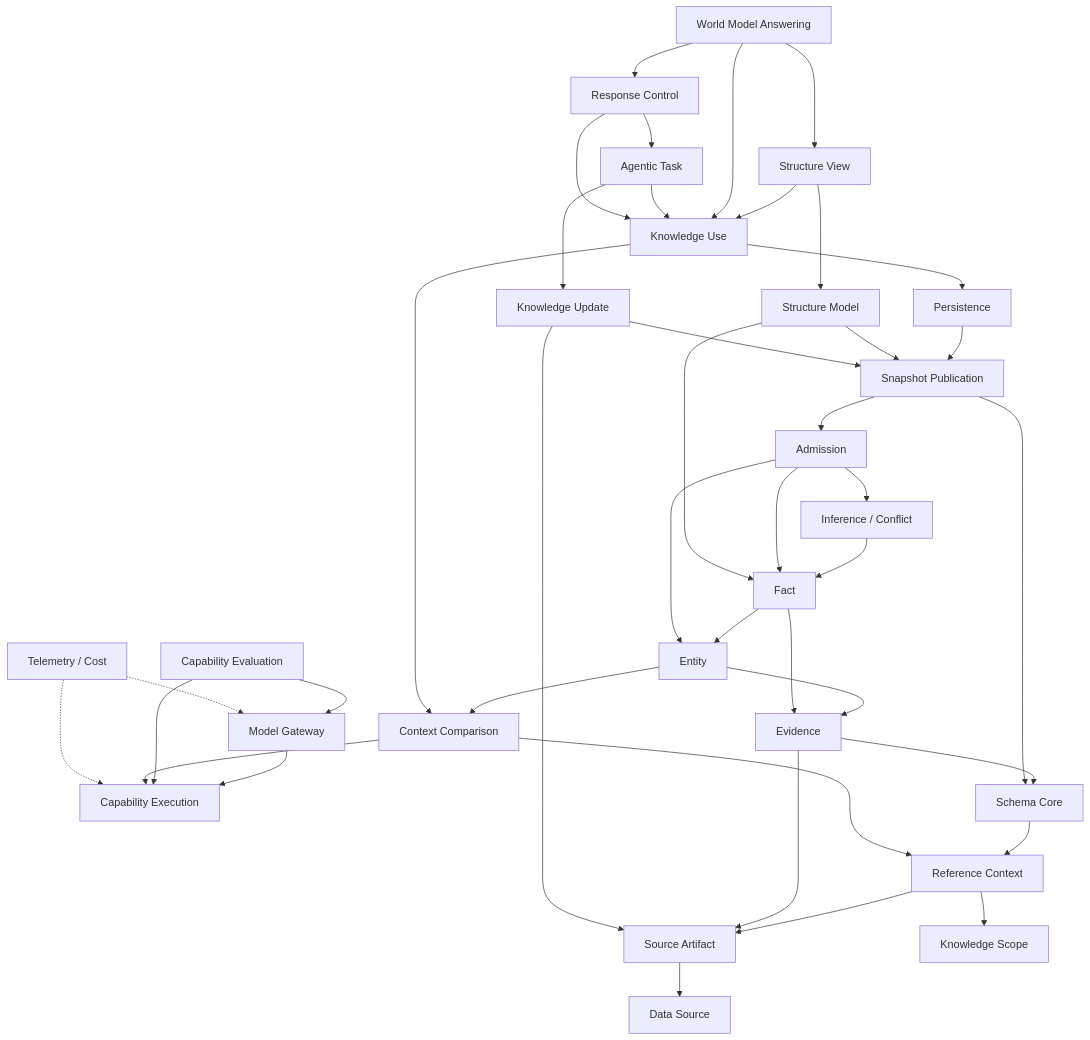
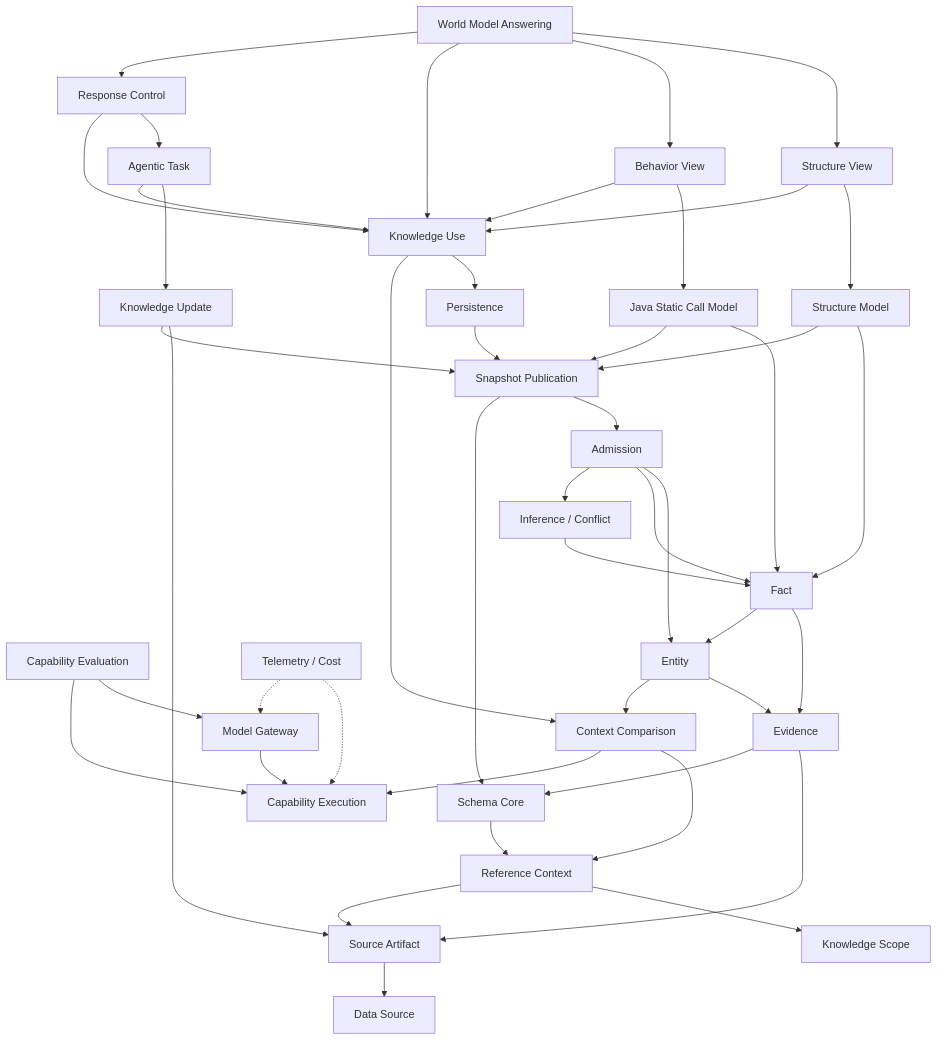
One commit to baitianxia/software-world-model changed the diagram in docs/system/contracts/README.md. Above: the diagram before and after it, drawn with Mermaid. The commit also changed other lines of this file and 134 other files, not shown here.

Commit message:
feat: complete ITER-006 Java static-call world model

````diff
--- a/docs/system/contracts/README.md
+++ b/docs/system/contracts/README.md
@@ -32,44 +33,49 @@
 ```mermaid
 flowchart TD
     MG["Model Gateway"] --> CE["Capability Execution"]
     EVL["Capability Evaluation"] --> MG
     EVL --> CE
 
     SA["Source Artifact"] --> DS["Data Source"]
     RCX["Reference Context"] --> KS["Knowledge Scope"]
     RCX --> SA
     SC["Schema Core"] --> RCX
     CMP["Context Comparison"] --> RCX
     CMP --> CE
     E["Evidence"] --> SA
     E --> SC
     EN["Entity"] --> E
     EN --> CMP
     F["Fact"] --> E
     F --> EN
     I["Inference / Conflict"] --> F
     AD["Admission"] --> EN
     AD --> F
     AD --> I
     SP["Snapshot Publication"] --> AD
     SP --> SC
     PS["Persistence"] --> SP
     SM["Structure Model"] --> F
     SM --> SP
+    JM["Java Static Call Model"] --> F
+    JM --> SP
 
     KU["Knowledge Update"] --> SA
     KU --> SP
     USE["Knowledge Use"] --> PS
     USE --> CMP
     SV["Structure View"] --> SM
     SV --> USE
+    BV["Behavior View"] --> JM
+    BV --> USE
     WMA["World Model Answering"] --> SV
+    WMA --> BV
     WMA --> USE
     AT["Agentic Task"] --> KU
     AT --> USE
     RESP["Response Control"] --> AT
     RESP --> USE
     WMA --> RESP
     TEL["Telemetry / Cost"] -.-> CE
     TEL -.-> MG
 ```
````
